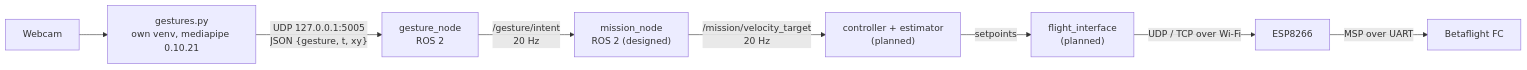
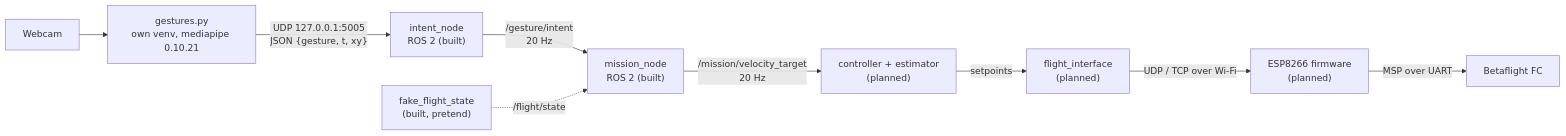
The diagram in docs/PraticalPlan/06 Gestures/00 Gesture Pipeline.md (SEAME-pt/SEA-ME_Team1_ROSRangers), drawn with Mermaid before and after one commit. The commit also changed other lines of this file and 21 other files, not shown here.

````diff
--- a/docs/PraticalPlan/06 Gestures/00 Gesture Pipeline.md
+++ b/docs/PraticalPlan/06 Gestures/00 Gesture Pipeline.md
@@ -29,10 +29,11 @@
 ```mermaid
 flowchart LR
   W[Webcam] --> R["gestures.py<br/>own venv, mediapipe 0.10.21"]
-  R -->|"UDP 127.0.0.1:5005<br/>JSON {gesture, t, xy}"| G["gesture_node<br/>ROS 2"]
-  G -->|"/gesture/intent<br/>20 Hz"| M["mission_node<br/>ROS 2 (designed)"]
+  R -->|"UDP 127.0.0.1:5005<br/>JSON {gesture, t, xy}"| G["intent_node<br/>ROS 2 (built)"]
+  G -->|"/gesture/intent<br/>20 Hz"| M["mission_node<br/>ROS 2 (built)"]
+  FFS["fake_flight_state<br/>(built, pretend)"] -.->|"/flight/state"| M
   M -->|"/mission/velocity_target<br/>20 Hz"| C["controller + estimator<br/>(planned)"]
   C -->|setpoints| FI["flight_interface<br/>(planned)"]
-  FI -->|"UDP / TCP over Wi-Fi"| E[ESP8266]
+  FI -->|"UDP / TCP over Wi-Fi"| E["ESP8266 firmware<br/>(planned)"]
   E -->|"MSP over UART"| FC[Betaflight FC]
 ```
````
